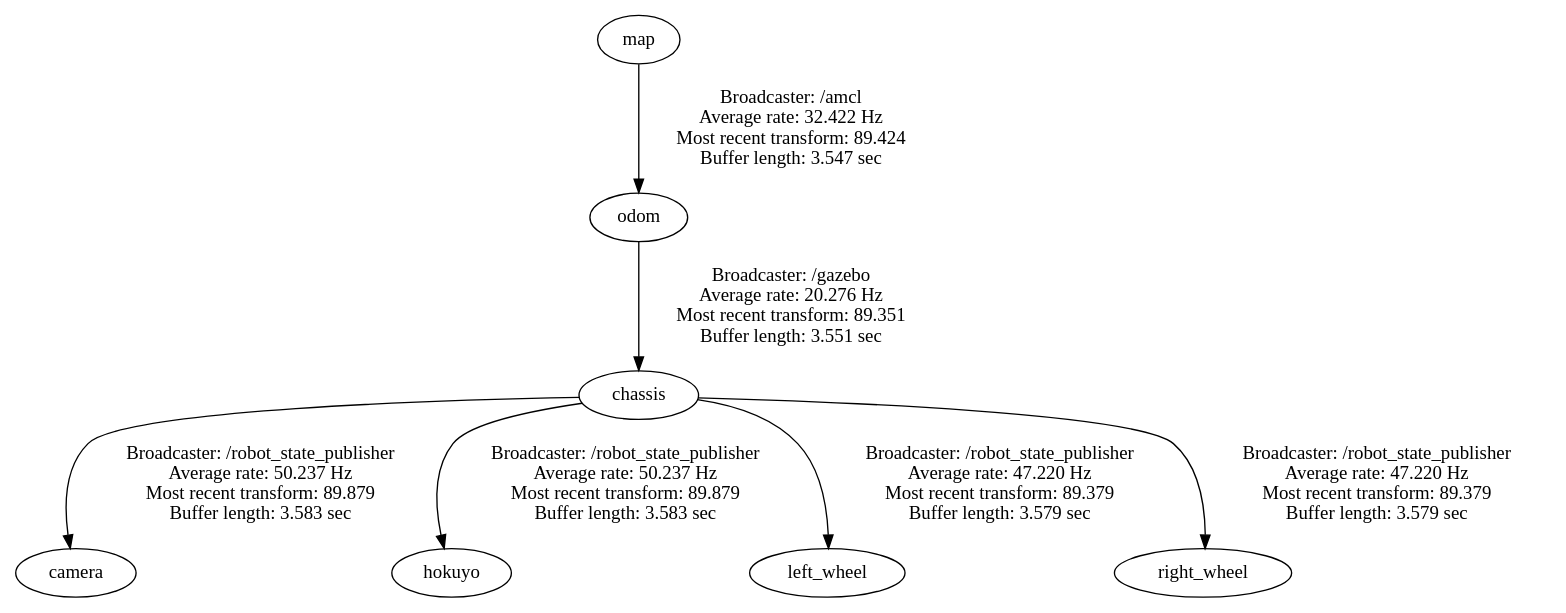
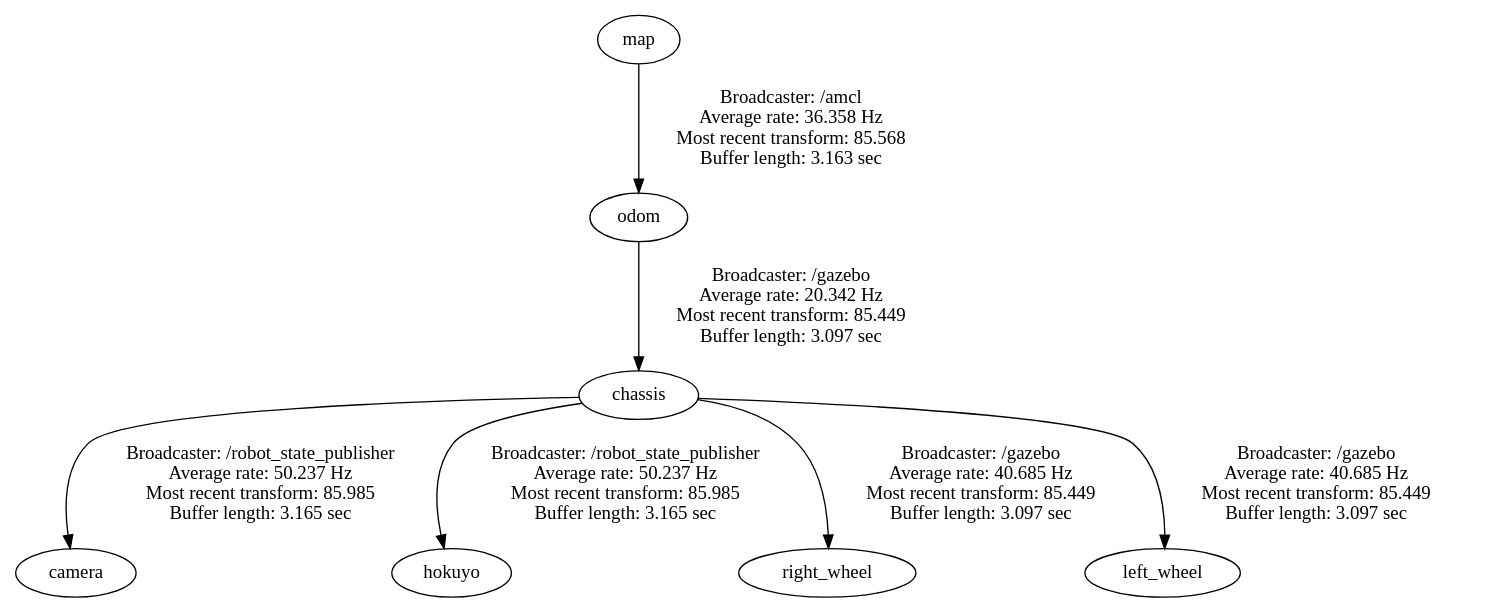
The diagram in frames.gv (ytlei/ballcollectingrobot), drawn with Graphviz before and after one commit. The commit also changed 6 other files, not shown here.

```diff
--- a/frames.gv
+++ b/frames.gv
@@ -1,8 +1,8 @@
 digraph G {
-"chassis" -> "camera"[label="Broadcaster: /robot_state_publisher\nAverage rate: 50.237 Hz\nMost recent transform: 89.879 \nBuffer length: 3.583 sec\n"];
-"odom" -> "chassis"[label="Broadcaster: /gazebo\nAverage rate: 20.276 Hz\nMost recent transform: 89.351 \nBuffer length: 3.551 sec\n"];
-"chassis" -> "hokuyo"[label="Broadcaster: /robot_state_publisher\nAverage rate: 50.237 Hz\nMost recent transform: 89.879 \nBuffer length: 3.583 sec\n"];
-"chassis" -> "left_wheel"[label="Broadcaster: /robot_state_publisher\nAverage rate: 47.220 Hz\nMost recent transform: 89.379 \nBuffer length: 3.579 sec\n"];
-"chassis" -> "right_wheel"[label="Broadcaster: /robot_state_publisher\nAverage rate: 47.220 Hz\nMost recent transform: 89.379 \nBuffer length: 3.579 sec\n"];
-"map" -> "odom"[label="Broadcaster: /amcl\nAverage rate: 32.422 Hz\nMost recent transform: 89.424 \nBuffer length: 3.547 sec\n"];
+"chassis" -> "camera"[label="Broadcaster: /robot_state_publisher\nAverage rate: 50.237 Hz\nMost recent transform: 85.985 \nBuffer length: 3.165 sec\n"];
+"odom" -> "chassis"[label="Broadcaster: /gazebo\nAverage rate: 20.342 Hz\nMost recent transform: 85.449 \nBuffer length: 3.097 sec\n"];
+"chassis" -> "hokuyo"[label="Broadcaster: /robot_state_publisher\nAverage rate: 50.237 Hz\nMost recent transform: 85.985 \nBuffer length: 3.165 sec\n"];
+"map" -> "odom"[label="Broadcaster: /amcl\nAverage rate: 36.358 Hz\nMost recent transform: 85.568 \nBuffer length: 3.163 sec\n"];
+"chassis" -> "right_wheel"[label="Broadcaster: /gazebo\nAverage rate: 40.685 Hz\nMost recent transform: 85.449 \nBuffer length: 3.097 sec\n"];
+"chassis" -> "left_wheel"[label="Broadcaster: /gazebo\nAverage rate: 40.685 Hz\nMost recent transform: 85.449 \nBuffer length: 3.097 sec\n"];
 }
```
